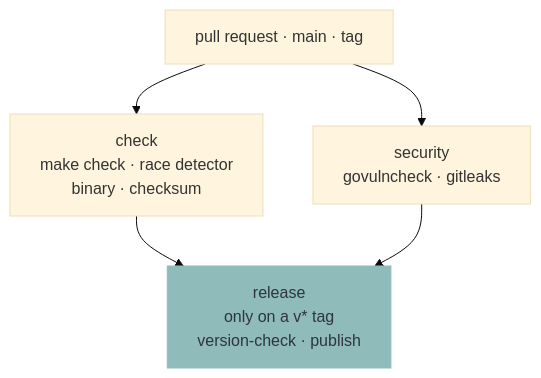
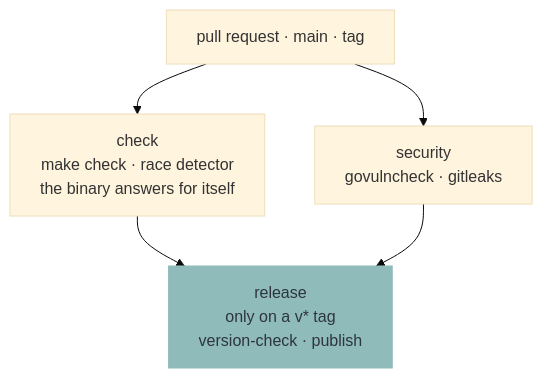
Before and after one commit to murkl/oak: the second of 2 diagrams in docs/CONTRIBUTING.md, drawn with Mermaid (base theme). The commit also changed other lines of this file and 21 other files, not shown here.

````diff
--- a/docs/CONTRIBUTING.md
+++ b/docs/CONTRIBUTING.md
@@ -65,9 +65,9 @@
 ```mermaid
 flowchart TD
-    P["pull request · main · tag"] --> C["check<br/>make check · race detector<br/>binary · checksum"]
+    P["pull request · main · tag"] --> C["check<br/>make check · race detector<br/>the binary answers for itself"]
     P --> S["security<br/>govulncheck · gitleaks"]
     C --> R
     S --> R["release<br/>only on a v* tag<br/>version-check · publish"]
 
     style R fill:#8fbcbb,stroke:#8fbcbb,color:#2e3440
 ```
````
